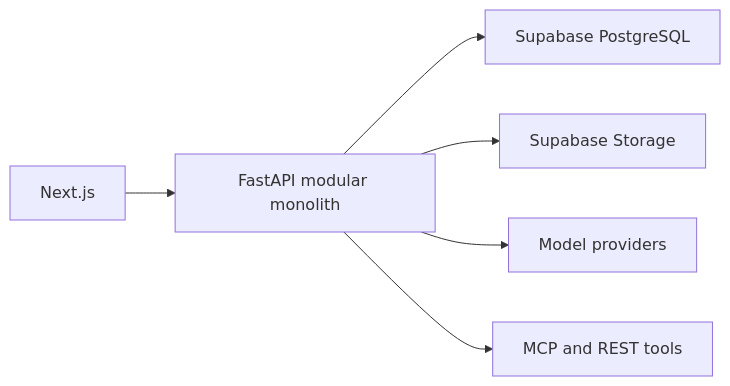
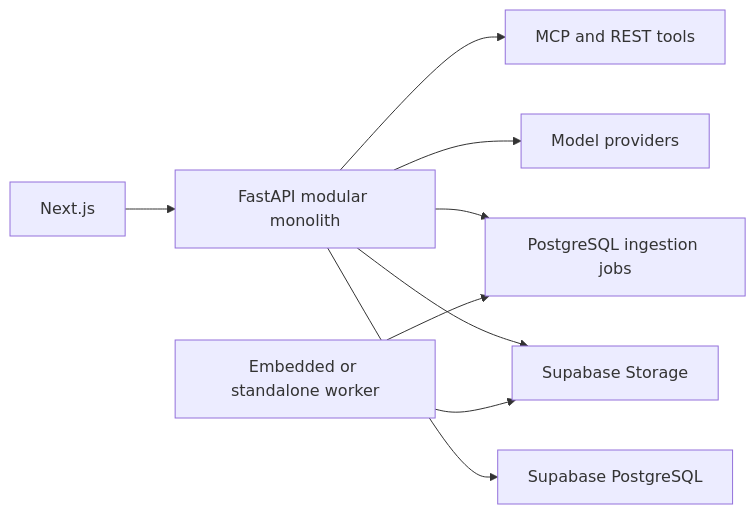
The diagram in architecture/python-fastapi/HLD.md (mani070707/Agent-Studio), drawn with Mermaid before and after one commit. The commit also changed other lines of this file and 70 other files, not shown here.

````diff
--- a/architecture/python-fastapi/HLD.md
+++ b/architecture/python-fastapi/HLD.md
@@ -7,8 +7,11 @@
 ```mermaid
 flowchart LR
   Web["Next.js"] --> API["FastAPI modular monolith"]
   API --> DB["Supabase PostgreSQL"]
   API --> Storage["Supabase Storage"]
+  API --> Queue["PostgreSQL ingestion jobs"]
+  Worker["Embedded or standalone worker"] --> Queue
+  Worker --> Storage
   API --> Models["Model providers"]
   API --> MCP["MCP and REST tools"]
 ```
````
